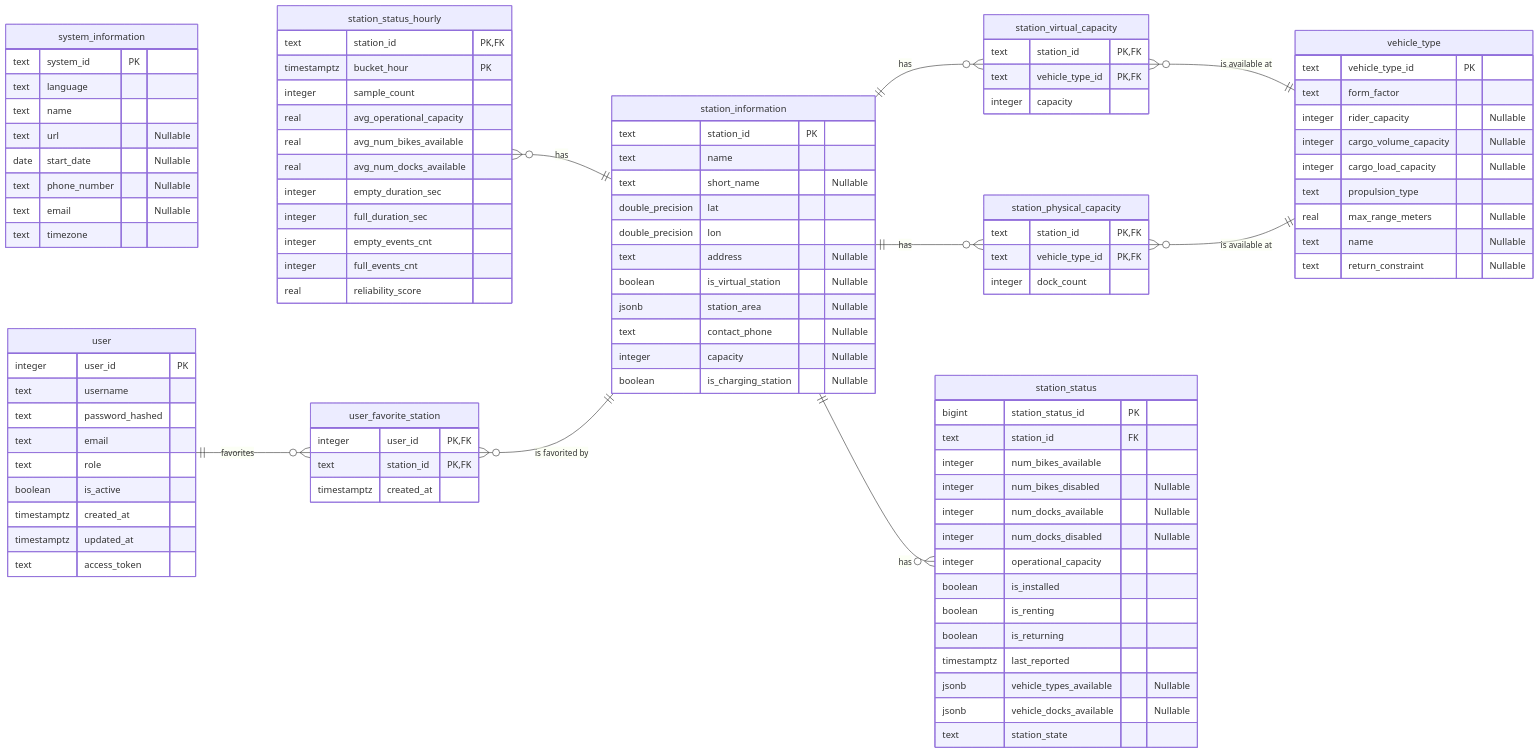
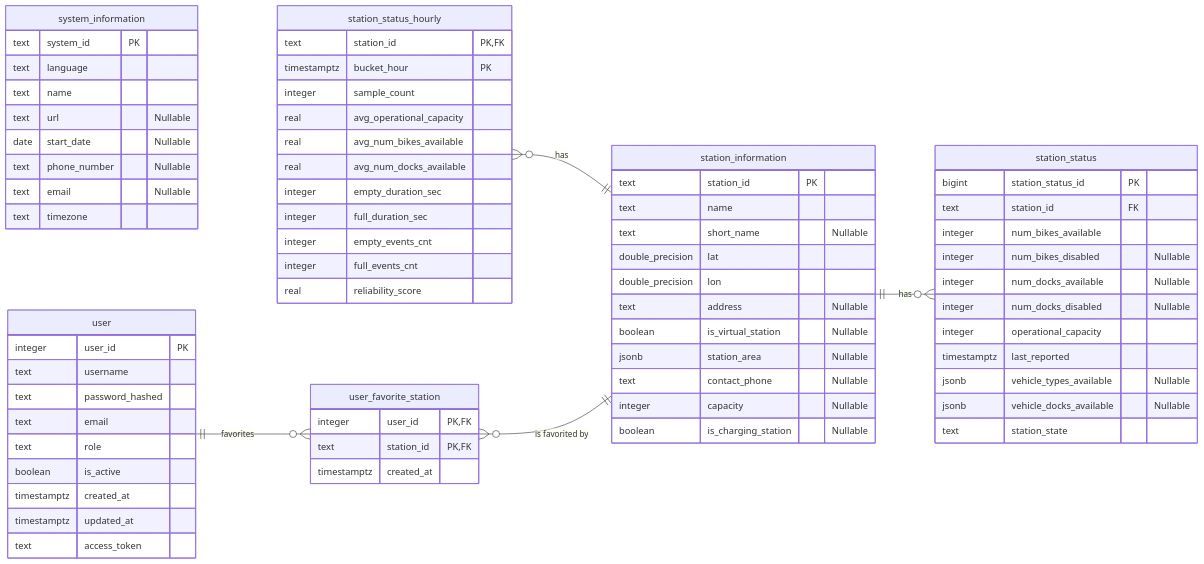
One commit to nathanlaimant/ensai-it-project-2a-team30 changed the diagram in doc/entity_relationship_diagram.md. Above: the diagram before and after it, drawn with Mermaid. The commit also changed other lines of this file and 26 other files, not shown here.

```diff
--- a/doc/entity_relationship_diagram.md
+++ b/doc/entity_relationship_diagram.md
@@ -16,22 +21,6 @@
         text phone_number "Nullable"
         text email "Nullable"
         text timezone
-    }
-
-    %% ═══════════════════════════════════════════════
-    %% VEHICLE TYPES
-    %% ═══════════════════════════════════════════════
-
-    vehicle_type {
-        text vehicle_type_id PK
-        text form_factor
-        integer rider_capacity "Nullable"
-        integer cargo_volume_capacity "Nullable"
-        integer cargo_load_capacity "Nullable"
-        text propulsion_type
-        real max_range_meters "Nullable"
-        text name "Nullable"
-        text return_constraint "Nullable"
     }
 
     %% ═══════════════════════════════════════════════
@@ -52,23 +41,6 @@
         boolean is_charging_station "Nullable"
     }
 
-    station_virtual_capacity {
-        text station_id PK,FK
-        text vehicle_type_id PK,FK
-        integer capacity
-    }
-
-    station_physical_capacity {
-        text station_id PK,FK
-        text vehicle_type_id PK,FK
-        integer dock_count
-    }
-
-    station_information ||--o{ station_virtual_capacity : "has"
-    station_information ||--o{ station_physical_capacity : "has"
-    station_virtual_capacity }o--|| vehicle_type : "is available at"
-    station_physical_capacity }o--|| vehicle_type : "is available at"
-
     %% ═══════════════════════════════════════════════
     %% STATION STATUS
     %% ═══════════════════════════════════════════════
@@ -81,9 +53,6 @@
         integer num_docks_available "Nullable"
         integer num_docks_disabled "Nullable"
         integer operational_capacity
-        boolean is_installed
-        boolean is_renting
-        boolean is_returning
         timestamptz last_reported
         jsonb vehicle_types_available "Nullable"
         jsonb vehicle_docks_available "Nullable"
```
